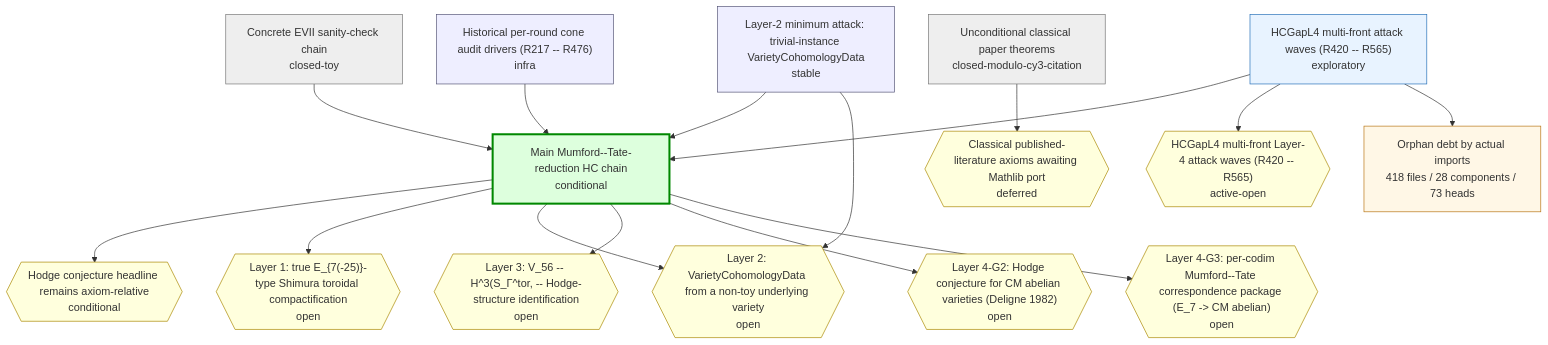
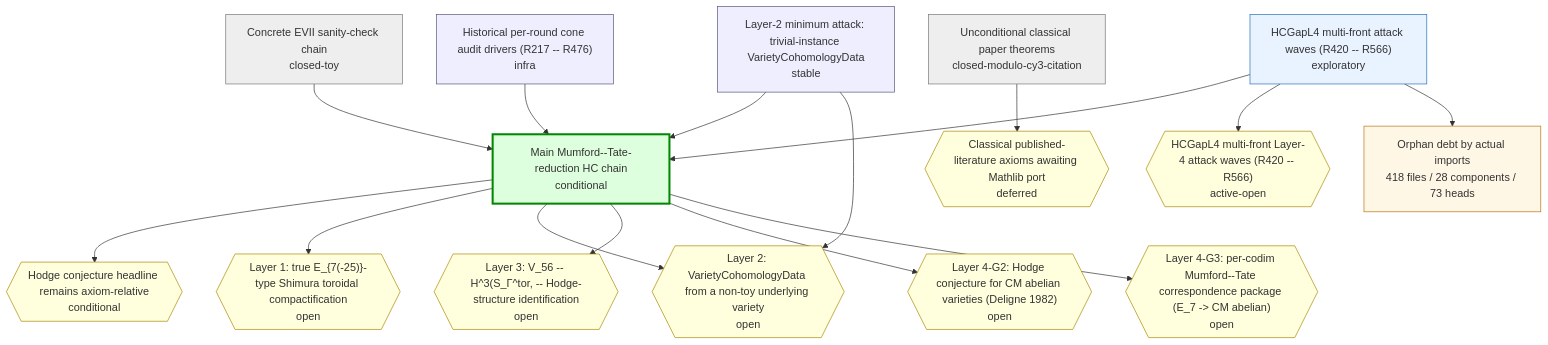
Before and after one commit to crabsatellite/hodge-conjecture-lean4-formalization: the first of 2 diagrams in chain-status/research-map.md, drawn with Mermaid. The commit also changed other lines of this file and 7 other files, not shown here.

````diff
--- a/chain-status/research-map.md
+++ b/chain-status/research-map.md
@@ -45,44 +45,44 @@
 ```mermaid
 graph TD
   classDef main fill:#dfd,stroke:#080,stroke-width:3px
   classDef active fill:#e8f3ff,stroke:#2670b8
   classDef support fill:#eef,stroke:#557
   classDef closed fill:#eee,stroke:#777
   classDef dead fill:#fdd,stroke:#a00,stroke-width:2px
   classDef gapOpen fill:#ffd,stroke:#a80
   classDef gapClosed fill:#eee,stroke:#777
   classDef gapDead fill:#fdd,stroke:#a00
   classDef debt fill:#fff7e6,stroke:#b87514
   classDef debtTaxonomy fill:#e8f3ff,stroke:#2670b8,stroke-dasharray:3 3
   classDef debtRule fill:#eefbea,stroke:#398439,stroke-dasharray:3 3
   classDef debtDead fill:#fdd,stroke:#a00,stroke-dasharray:3 3
   chain_main_hc_axiom_relative["Main Mumford--Tate-reduction HC chain\nconditional"]:::main
   chain_unconditional_classical["Unconditional classical paper theorems\nclosed-modulo-cy3-citation"]:::closed
   chain_hcgap_l2_trivial_instances["Layer-2 minimum attack: trivial-instance VarietyCohomologyData\nstable"]:::support
-  chain_hcgap_l4_multifront_active["HCGapL4 multi-front attack waves (R420 -- R565)\nexploratory"]:::active
+  chain_hcgap_l4_multifront_active["HCGapL4 multi-front attack waves (R420 -- R566)\nexploratory"]:::active
   chain_concrete_evii_toy["Concrete EVII sanity-check chain\nclosed-toy"]:::closed
   chain_historical_cone_audits["Historical per-round cone audit drivers (R217 -- R476)\ninfra"]:::support
   gap_G_main_hc{{"Hodge conjecture headline remains axiom-relative\nconditional"}}:::gapOpen
   gap_G_l1_e7_shimura_tor{{"Layer 1: true E_{7(-25)}-type Shimura toroidal compactification\nopen"}}:::gapOpen
   gap_G_l2_cohomology_construction{{"Layer 2: VarietyCohomologyData from a non-toy underlying variety\nopen"}}:::gapOpen
   gap_G_l3_v56_mt_identification{{"Layer 3: V_56 -- H^3(S_Γ^tor, -- Hodge-structure identification\nopen"}}:::gapOpen
   gap_G_l4_cm_abelian_hc{{"Layer 4-G2: Hodge conjecture for CM abelian varieties (Deligne 1982)\nopen"}}:::gapOpen
   gap_G_l4_mt_correspondence{{"Layer 4-G3: per-codim Mumford--Tate correspondence package (E_7 -> CM abelian)\nopen"}}:::gapOpen
   gap_G_classical_mathlib_port{{"Classical published-literature axioms awaiting Mathlib port\ndeferred"}}:::gapOpen
-  gap_G_hcgap_l4_multifront{{"HCGapL4 multi-front Layer-4 attack waves (R420 -- R565)\nactive-open"}}:::gapOpen
+  gap_G_hcgap_l4_multifront{{"HCGapL4 multi-front Layer-4 attack waves (R420 -- R566)\nactive-open"}}:::gapOpen
   chain_main_hc_axiom_relative --> gap_G_main_hc
   chain_main_hc_axiom_relative --> gap_G_l1_e7_shimura_tor
   chain_main_hc_axiom_relative --> gap_G_l2_cohomology_construction
   chain_main_hc_axiom_relative --> gap_G_l3_v56_mt_identification
   chain_main_hc_axiom_relative --> gap_G_l4_cm_abelian_hc
   chain_main_hc_axiom_relative --> gap_G_l4_mt_correspondence
   chain_unconditional_classical --> gap_G_classical_mathlib_port
   chain_hcgap_l2_trivial_instances --> chain_main_hc_axiom_relative
   chain_hcgap_l2_trivial_instances --> gap_G_l2_cohomology_construction
   chain_hcgap_l4_multifront_active --> chain_main_hc_axiom_relative
   chain_hcgap_l4_multifront_active --> gap_G_hcgap_l4_multifront
   chain_concrete_evii_toy --> chain_main_hc_axiom_relative
   chain_historical_cone_audits --> chain_main_hc_axiom_relative
   debt_all["Orphan debt by actual imports\n418 files / 28 components / 73 heads"]:::debt
   chain_hcgap_l4_multifront_active --> debt_all
 ```
````
